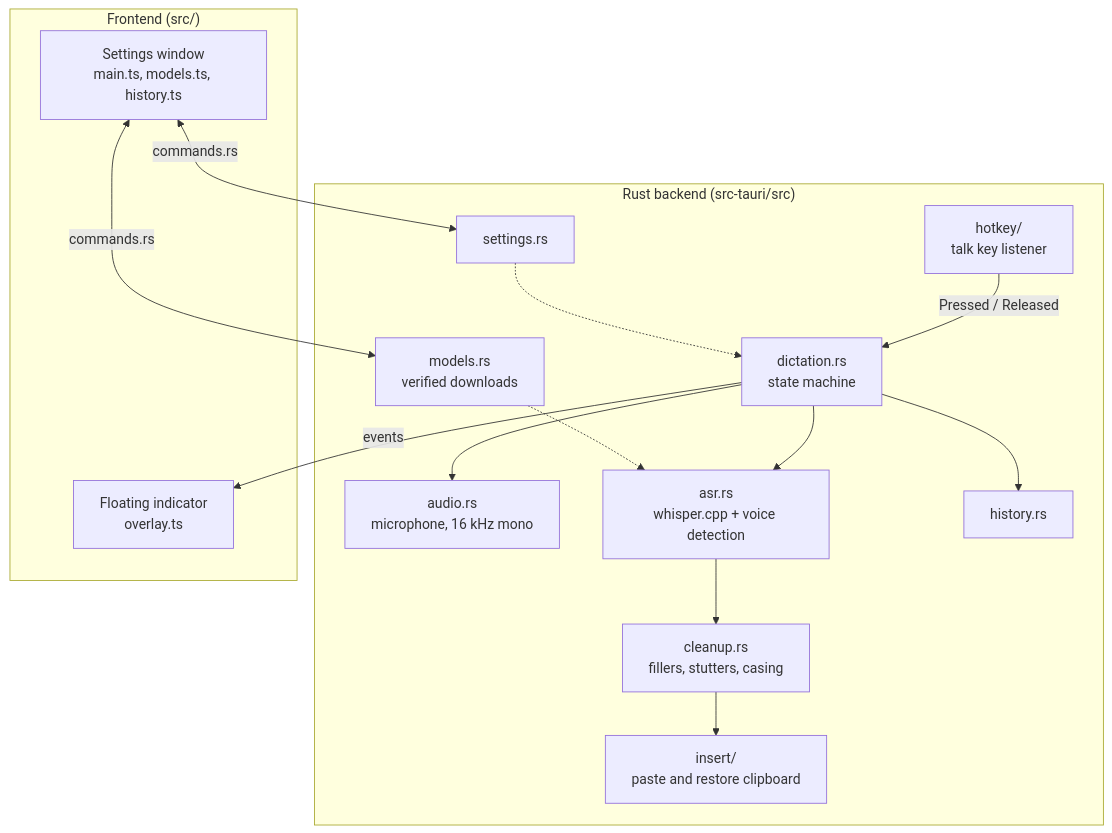
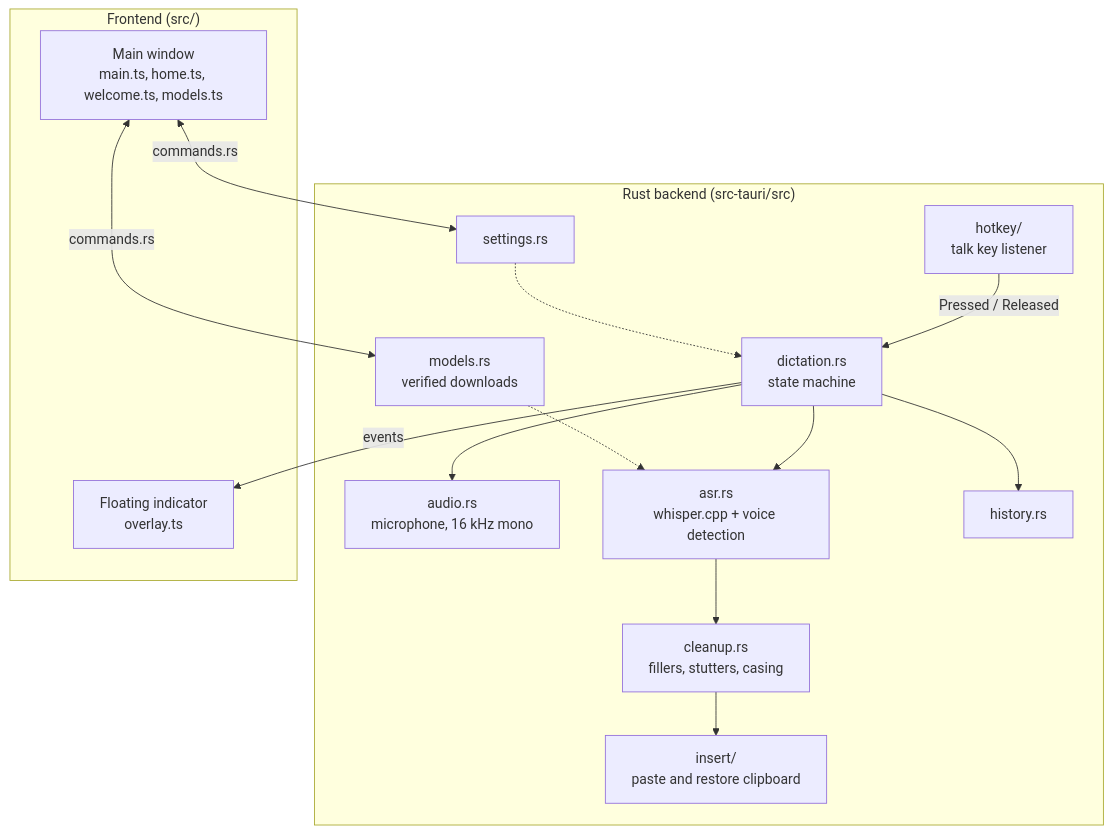
One commit to codewithdark-git/vocelle changed the diagram in docs/DEVELOPMENT.md. Above: the diagram before and after it, drawn with Mermaid. The commit also changed other lines of this file and 8 other files, not shown here.

Commit message:
Document 0.3.0: new screenshots, Home, welcome setup and speed work

````diff
--- a/docs/DEVELOPMENT.md
+++ b/docs/DEVELOPMENT.md
@@ -58,20 +58,20 @@
 ```mermaid
 flowchart TB
     subgraph Backend["Rust backend (src-tauri/src)"]
         hotkey["hotkey/<br/>talk key listener"] -->|Pressed / Released| dictation["dictation.rs<br/>state machine"]
         dictation --> audio["audio.rs<br/>microphone, 16 kHz mono"]
         dictation --> asr["asr.rs<br/>whisper.cpp + voice detection"]
         asr --> cleanup["cleanup.rs<br/>fillers, stutters, casing"]
         cleanup --> insert["insert/<br/>paste and restore clipboard"]
         dictation --> history["history.rs"]
         settings["settings.rs"] -.-> dictation
         models["models.rs<br/>verified downloads"] -.-> asr
     end
     subgraph Frontend["Frontend (src/)"]
-        ui["Settings window<br/>main.ts, models.ts, history.ts"]
+        ui["Main window<br/>main.ts, home.ts, welcome.ts, models.ts"]
         overlay["Floating indicator<br/>overlay.ts"]
     end
     ui <-->|commands.rs| settings
     ui <-->|commands.rs| models
     dictation -->|events| overlay
 ```
````
